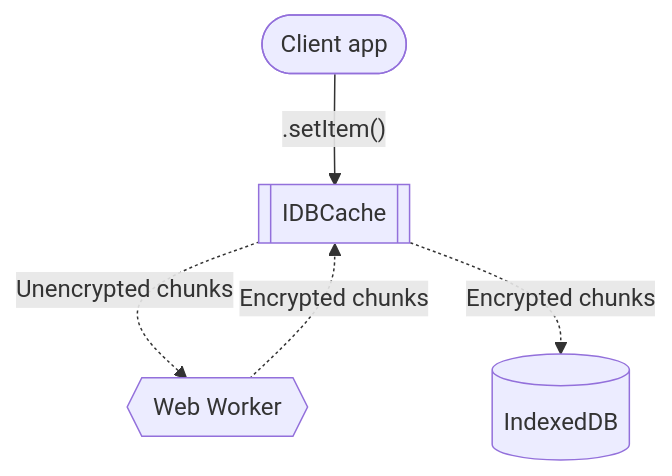
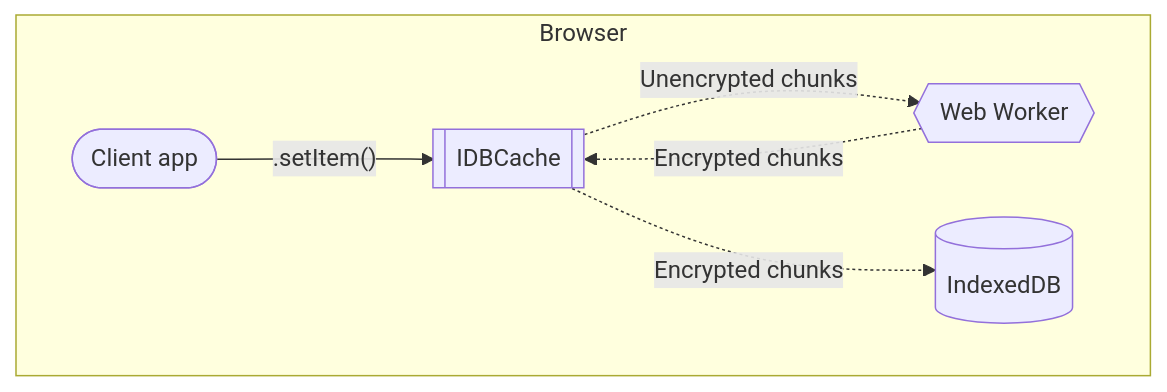
The first of 2 diagrams in README.md (instructure/idb-cache), drawn with Mermaid before and after one commit.

Commit message:
Update README setItem chart

````diff
--- a/README.md
+++ b/README.md
@@ -113,7 +113,13 @@
 ```mermaid
 flowchart TD
-    Application([Client app]) --> |".setItem()"| IDBCache[[IDBCache]]
-    IDBCache -.-> |"Unencrypted chunks"| WebWorker{{Web Worker}}
-    WebWorker -.-> |"Encrypted chunks"| IDBCache
-    IDBCache -.-> |"Encrypted chunks"| IndexedDB[(IndexedDB)]
+ subgraph Browser["Browser"]
+        IDBCache[["IDBCache"]]
+        Application(["Client app"])
+        WebWorker{{"Web Worker"}}
+        IndexedDB[("IndexedDB")]
+  end
+    Application -- ".setItem()" --> IDBCache
+    IDBCache -. Unencrypted chunks .-> WebWorker
+    WebWorker -. Encrypted chunks .-> IDBCache
+    IDBCache -. Encrypted chunks .-> IndexedDB
 ```
````
